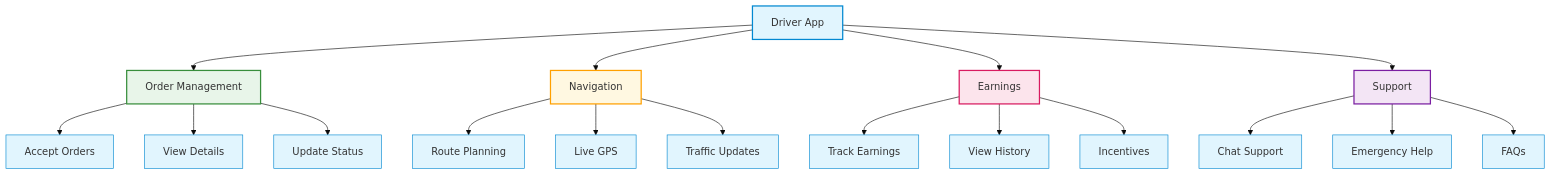
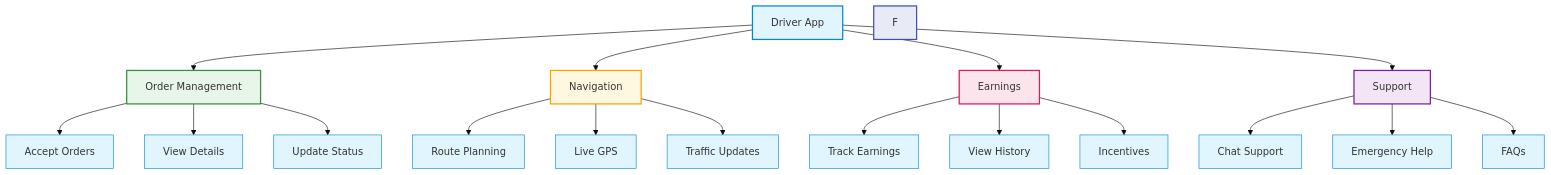
One commit to shrey258/Subscart.md changed the seventh of 10 diagrams in Subscart.md. Above: the diagram before and after it, drawn with Mermaid. The commit also changed other lines of this file and 6 other files, not shown here.

````diff
--- a/Subscart.md
+++ b/Subscart.md
@@ -643,30 +643,31 @@
 ```mermaid
 %%{init: {'theme': 'base', 'themeVariables': { 'primaryColor': '#e1f5fe', 'primaryBorderColor': '#0288d1', 'secondaryColor': '#f3e5f5', 'secondaryBorderColor': '#7b1fa2'}}}%%
 graph TD
     A[Driver App] --> B[Order Management]
     A --> C[Navigation]
     A --> D[Earnings]
     A --> E[Support]
     
     B --> B1[Accept Orders]
     B --> B2[View Details]
     B --> B3[Update Status]
     
     C --> C1[Route Planning]
     C --> C2[Live GPS]
     C --> C3[Traffic Updates]
     
     D --> D1[Track Earnings]
     D --> D2[View History]
     D --> D3[Incentives]
     
     E --> E1[Chat Support]
     E --> E2[Emergency Help]
     E --> E3[FAQs]
     
     style A fill:#e1f5fe,stroke:#0288d1,stroke-width:2px
     style B fill:#e8f5e9,stroke:#388e3c,stroke-width:2px
     style C fill:#fff8e1,stroke:#ffa000,stroke-width:2px
     style D fill:#fce4ec,stroke:#d81b60,stroke-width:2px
     style E fill:#f3e5f5,stroke:#7b1fa2,stroke-width:2px
+    style F fill:#e8eaf6,stroke:#3f51b5,stroke-width:2px
 ```
````
